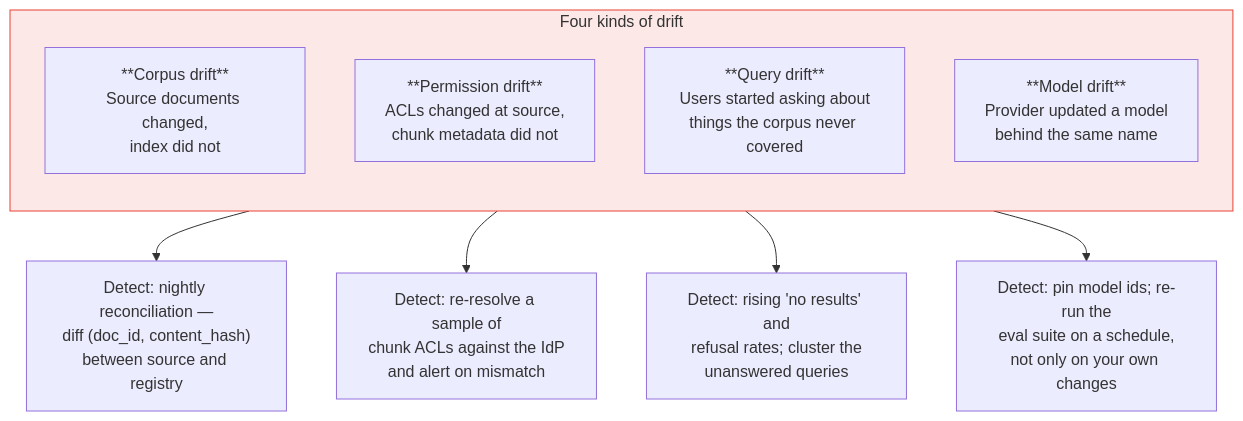
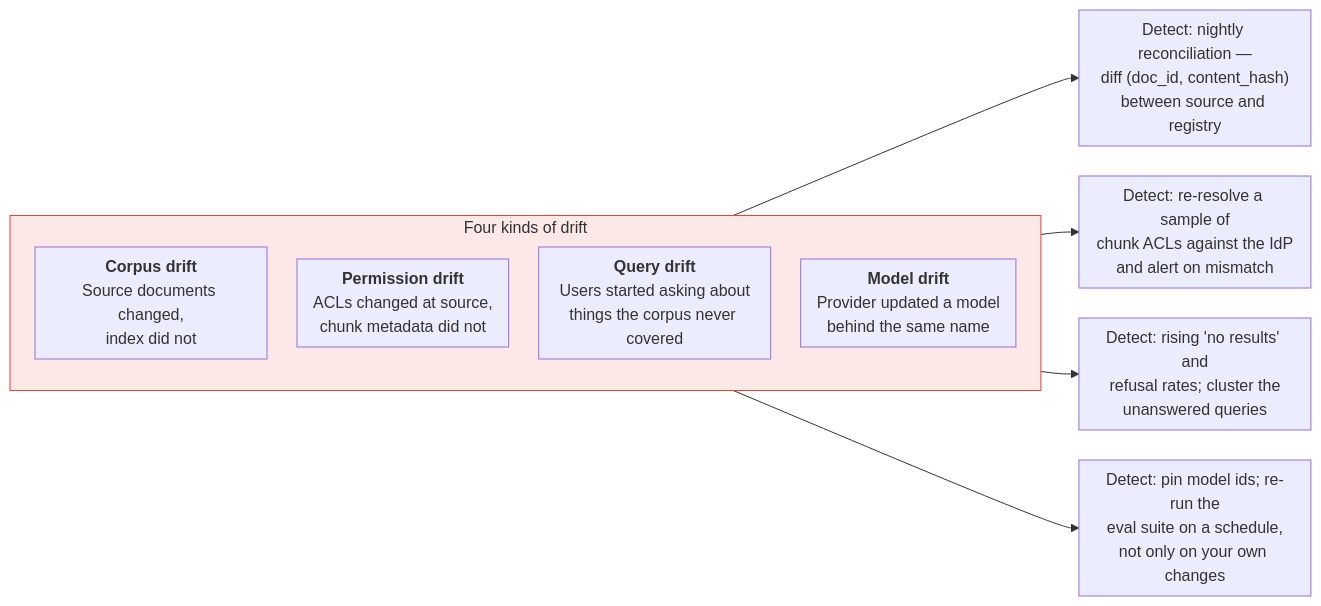
The second of 3 diagrams in rag/RAG_Operations.adoc (fibaneza/public-tmp), drawn with Mermaid before and after one commit. The commit also changed other lines of this file and 19 other files, not shown here.

Commit message:
feat: add RAG observability guide, standardize mermaid diagrams, and update cross-references throughout documentation

```diff
--- a/rag/RAG_Operations.adoc
+++ b/rag/RAG_Operations.adoc
@@ -151,18 +176,19 @@
 [mermaid]
 ....
-flowchart TB
+%%{init: {"flowchart": {"nodeSpacing": 30, "rankSpacing": 38, "padding": 8}} }%%
+flowchart LR
     subgraph D["Four kinds of drift"]
         direction TB
-        D1["**Corpus drift**<br/>Source documents changed,<br/>index did not"]
-        D2["**Permission drift**<br/>ACLs changed at source,<br/>chunk metadata did not"]
-        D3["**Query drift**<br/>Users started asking about<br/>things the corpus never covered"]
-        D4["**Model drift**<br/>Provider updated a model<br/>behind the same name"]
+        D1["<b>Corpus drift</b><br/>Source documents changed,<br/>index did not"]
+        D2["<b>Permission drift</b><br/>ACLs changed at source,<br/>chunk metadata did not"]
+        D3["<b>Query drift</b><br/>Users started asking about<br/>things the corpus never covered"]
+        D4["<b>Model drift</b><br/>Provider updated a model<br/>behind the same name"]
     end
 
     D1 --> R1["Detect: nightly reconciliation —<br/>diff (doc_id, content_hash)<br/>between source and registry"]
     D2 --> R2["Detect: re-resolve a sample of<br/>chunk ACLs against the IdP<br/>and alert on mismatch"]
     D3 --> R3["Detect: rising 'no results' and<br/>refusal rates; cluster the<br/>unanswered queries"]
     D4 --> R4["Detect: pin model ids; re-run the<br/>eval suite on a schedule,<br/>not only on your own changes"]
 
     style D fill:#fce8e6,stroke:#ea4335
 ....
```
